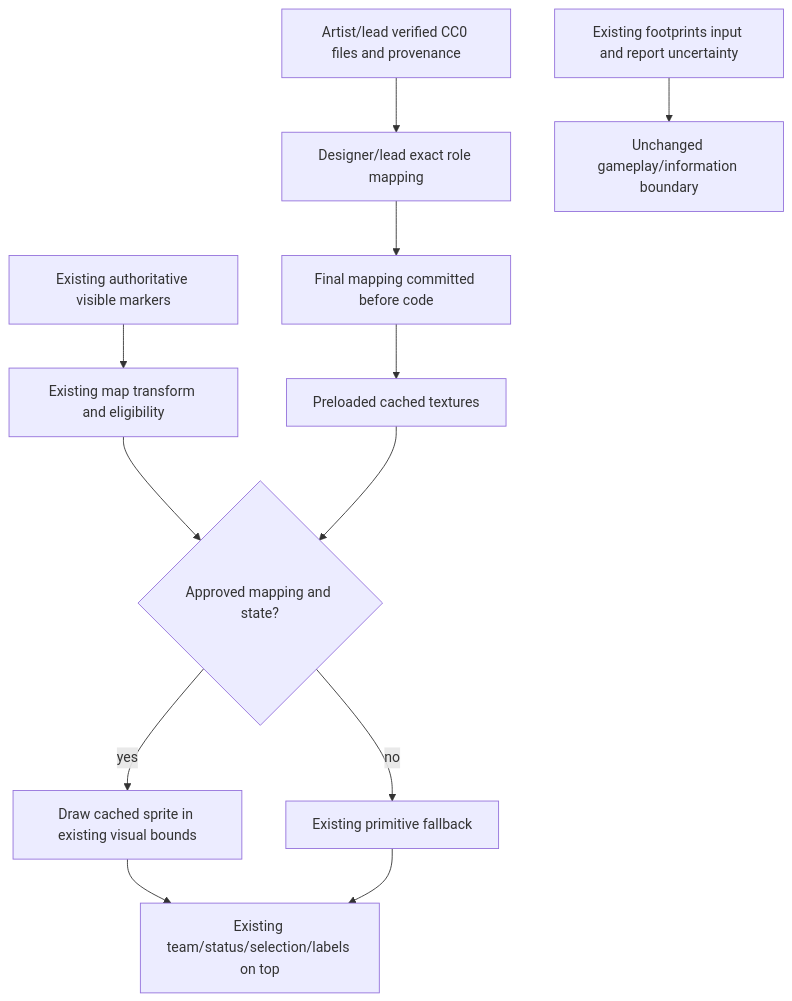
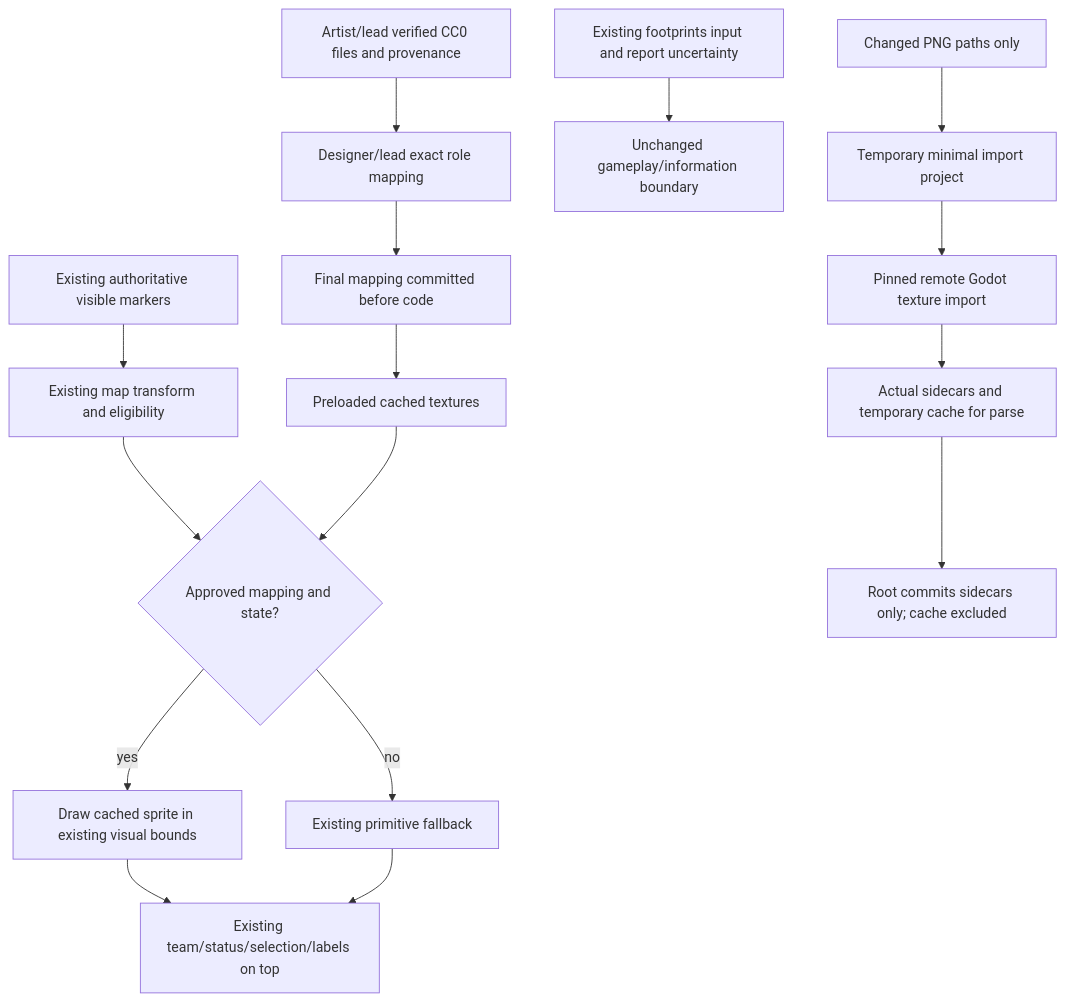
The diagram in docs/diagrams/test_art_rendering.mmd (TheInfinityIQ/Trencho_V4), drawn with Mermaid before and after one commit. The commit also changed 5 other files, not shown here.

```diff
--- a/docs/diagrams/test_art_rendering.mmd
+++ b/docs/diagrams/test_art_rendering.mmd
@@ -1,12 +1,16 @@
 flowchart TD
   A[Artist/lead verified CC0 files and provenance] --> B[Designer/lead exact role mapping]
   B --> C[Final mapping committed before code]
   C --> D[Preloaded cached textures]
   E[Existing authoritative visible markers] --> F[Existing map transform and eligibility]
   F --> G{Approved mapping and state?}
   D --> G
   G -->|yes| H[Draw cached sprite in existing visual bounds]
   G -->|no| I[Existing primitive fallback]
   H --> J[Existing team/status/selection/labels on top]
   I --> J
   K[Existing footprints input and report uncertainty] --> L[Unchanged gameplay/information boundary]
+  N[Changed PNG paths only] --> O[Temporary minimal import project]
+  O --> P[Pinned remote Godot texture import]
+  P --> Q[Actual sidecars and temporary cache for parse]
+  Q --> R[Root commits sidecars only; cache excluded]
```
